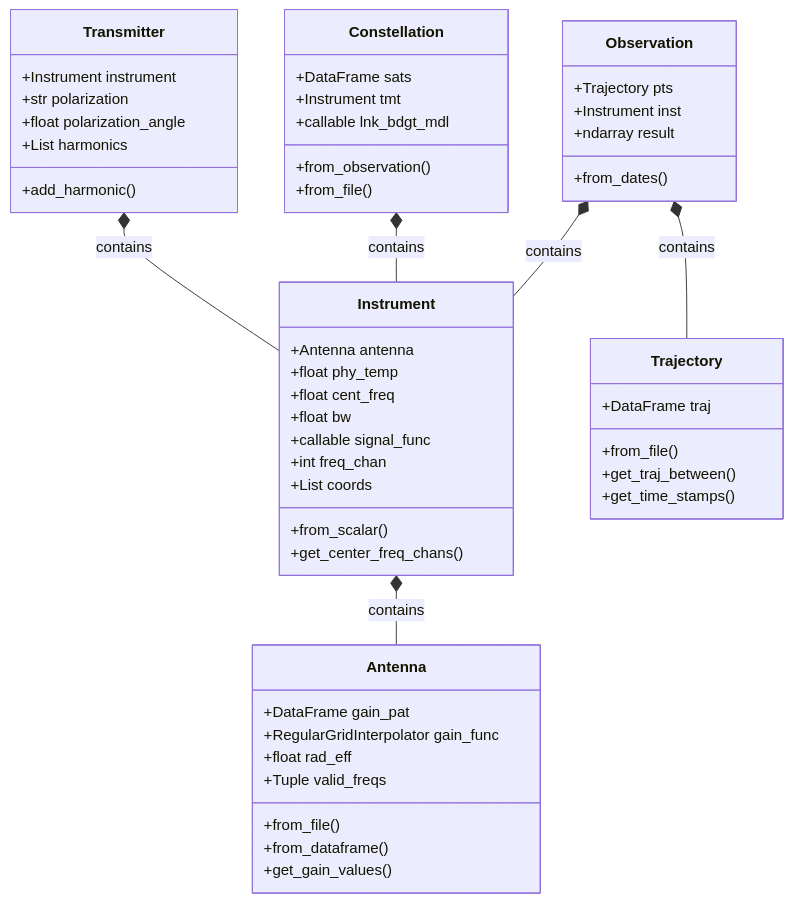
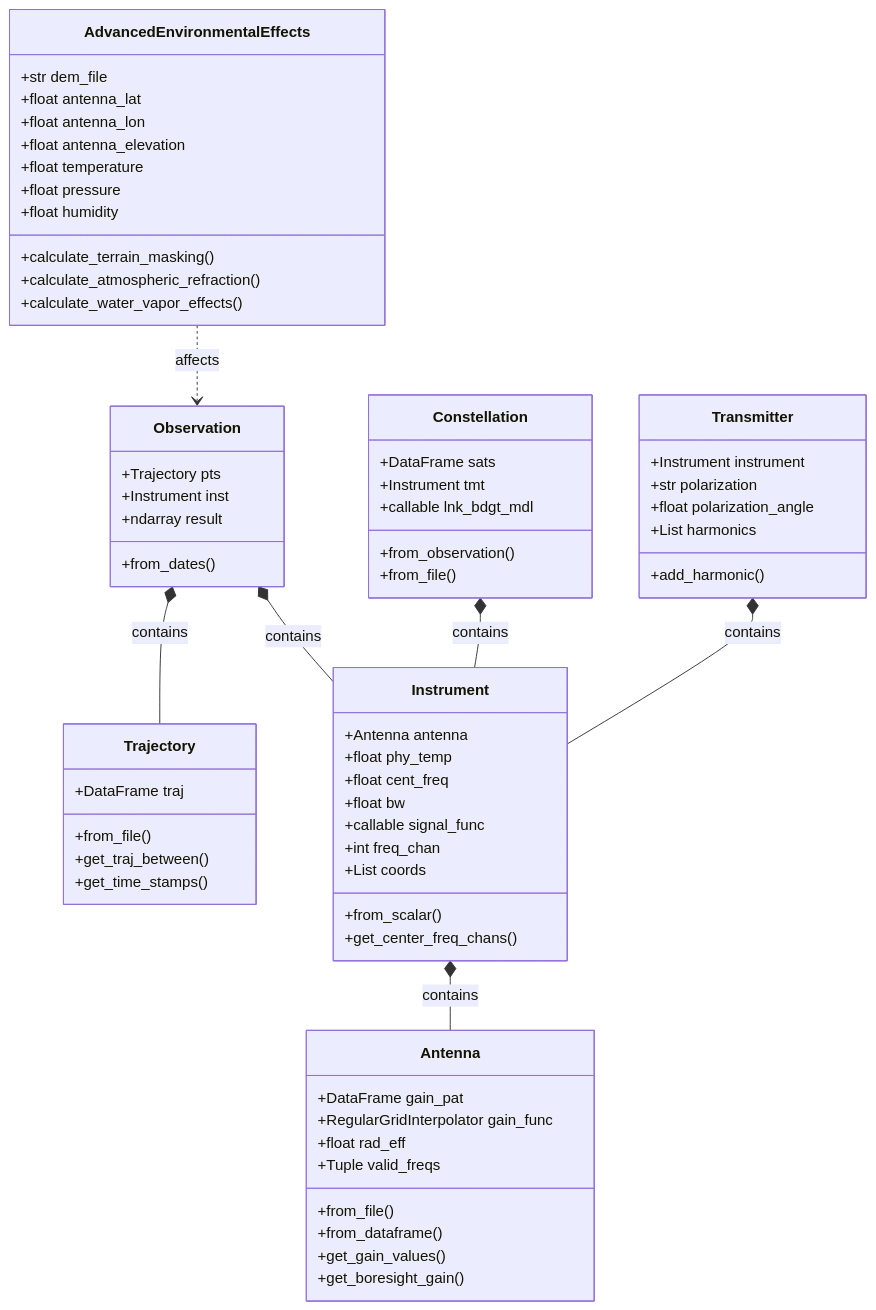
One commit to spectrumx/RSC-SIM changed the fourth of 7 diagrams in Documentation/ARCHITECTURE_MERMAID.md. Above: the diagram before and after it, drawn with Mermaid. The commit also changed other lines of this file, not shown here.

````diff
--- a/Documentation/ARCHITECTURE_MERMAID.md
+++ b/Documentation/ARCHITECTURE_MERMAID.md
@@ -144,60 +152,75 @@
 ```mermaid
 classDiagram
     class Antenna {
         +DataFrame gain_pat
         +RegularGridInterpolator gain_func
         +float rad_eff
         +Tuple valid_freqs
         +from_file()
         +from_dataframe()
         +get_gain_values()
+        +get_boresight_gain()
     }
     
     class Instrument {
         +Antenna antenna
         +float phy_temp
         +float cent_freq
         +float bw
         +callable signal_func
         +int freq_chan
         +List coords
         +from_scalar()
         +get_center_freq_chans()
     }
     
     class Trajectory {
         +DataFrame traj
         +from_file()
         +get_traj_between()
         +get_time_stamps()
     }
     
     class Observation {
         +Trajectory pts
         +Instrument inst
         +ndarray result
         +from_dates()
     }
     
     class Constellation {
         +DataFrame sats
         +Instrument tmt
         +callable lnk_bdgt_mdl
         +from_observation()
         +from_file()
     }
     
     class Transmitter {
         +Instrument instrument
         +str polarization
         +float polarization_angle
         +List harmonics
         +add_harmonic()
     }
     
+    class AdvancedEnvironmentalEffects {
+        +str dem_file
+        +float antenna_lat
+        +float antenna_lon
+        +float antenna_elevation
+        +float temperature
+        +float pressure
+        +float humidity
+        +calculate_terrain_masking()
+        +calculate_atmospheric_refraction()
+        +calculate_water_vapor_effects()
+    }
+    
     Instrument *-- Antenna : contains
     Observation *-- Trajectory : contains
     Observation *-- Instrument : contains
     Constellation *-- Instrument : contains
     Transmitter *-- Instrument : contains
+    AdvancedEnvironmentalEffects ..> Observation : affects
 ```
````
